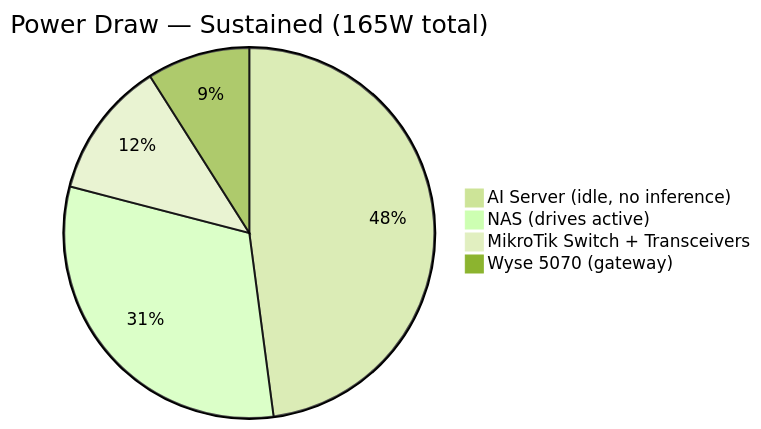
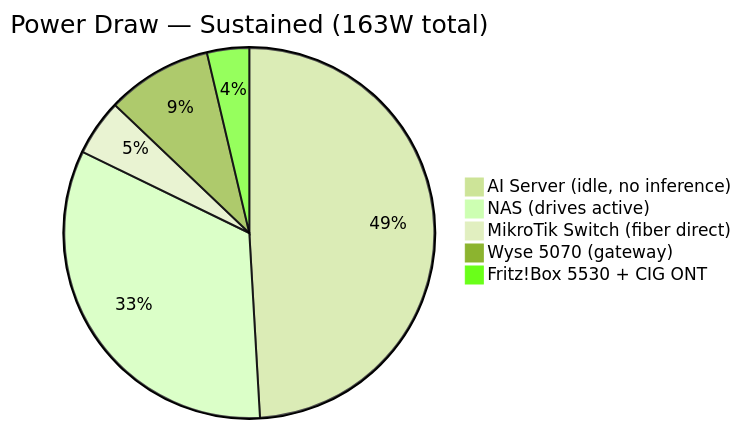
One commit to MMastro-Dev/wiki changed the seventh of 13 diagrams in notes/charts/project-costs.md. Above: the diagram before and after it, drawn with Mermaid (forest theme). The commit also changed other lines of this file and 5 other files, not shown here.

````diff
--- a/notes/charts/project-costs.md
+++ b/notes/charts/project-costs.md
@@ -111,7 +112,8 @@
 ```mermaid
-pie title Power Draw — Sustained (165W total)
+pie title Power Draw — Sustained (163W total)
     "AI Server (idle, no inference)" : 80
-    "NAS (drives active)" : 52
-    "MikroTik Switch + Transceivers" : 20
+    "NAS (drives active)" : 54
+    "MikroTik Switch (fiber direct)" : 8
     "Wyse 5070 (gateway)" : 15
+    "Fritz!Box 5530 + CIG ONT" : 6
 ```
````
